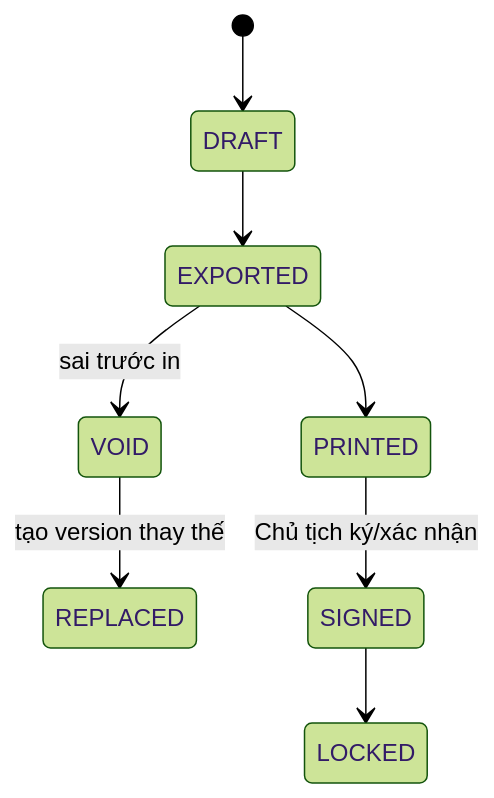
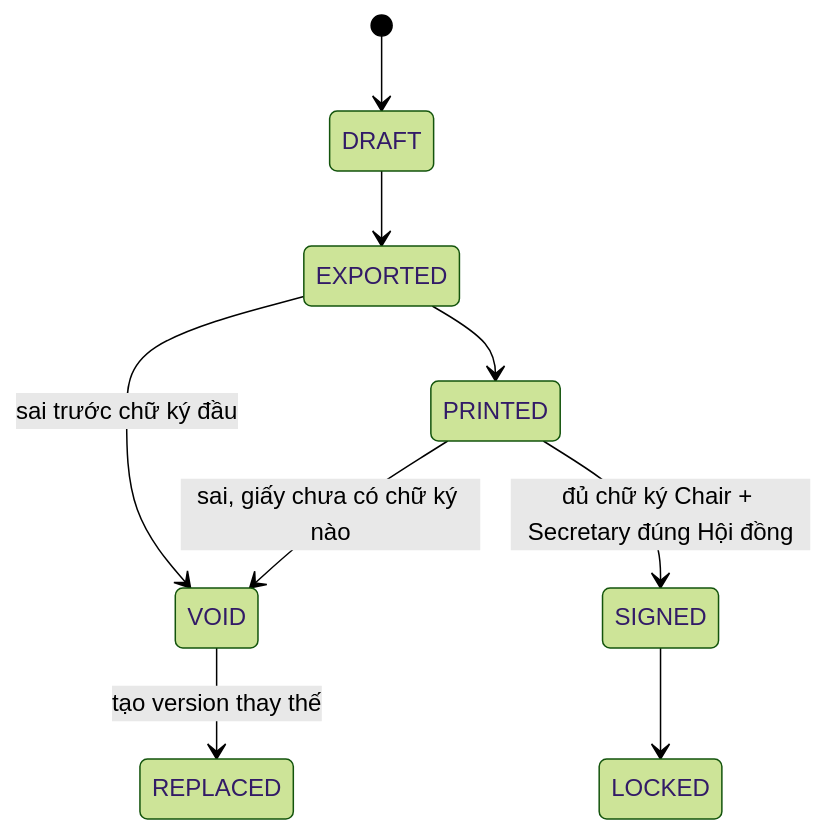
The tenth of 11 diagrams in docs/design/state-models.md (MingJien/kltn-management-ai), drawn with Mermaid (forest theme) before and after one commit. The commit also changed other lines of this file and 88 other files, not shown here.

```diff
--- a/docs/design/state-models.md
+++ b/docs/design/state-models.md
@@ -122,10 +122,11 @@
 ~~~mermaid
 stateDiagram-v2
   [*] --> DRAFT
   DRAFT --> EXPORTED
-  EXPORTED --> VOID: sai trước in
+  EXPORTED --> VOID: sai trước chữ ký đầu
   VOID --> REPLACED: tạo version thay thế
   EXPORTED --> PRINTED
-  PRINTED --> SIGNED: Chủ tịch ký/xác nhận
+  PRINTED --> VOID: sai, giấy chưa có chữ ký nào
+  PRINTED --> SIGNED: đủ chữ ký Chair + Secretary đúng Hội đồng
   SIGNED --> LOCKED
 ~~~
```
